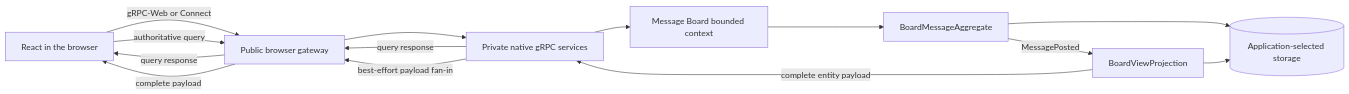
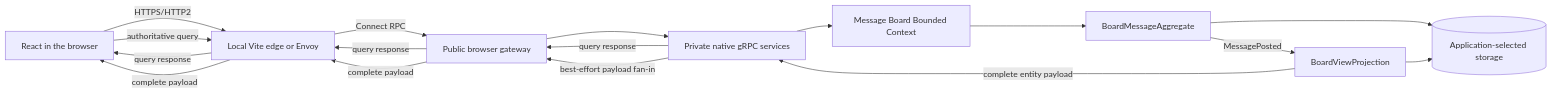
Before and after one commit to SpineEventEngine/spine-ts: the first of 2 diagrams in examples/message-board/README.md, drawn with Mermaid. The commit also changed other lines of this file and 78 other files, not shown here.

````diff
--- a/examples/message-board/README.md
+++ b/examples/message-board/README.md
@@ -121,16 +127,19 @@
 ```mermaid
 flowchart LR
-  React[React in the browser] -->|gRPC-Web or Connect| Gateway[Public browser gateway]
+  React[React in the browser] -->|HTTPS/HTTP2| Edge[Local Vite edge or Envoy]
+  Edge -->|Connect RPC| Gateway[Public browser gateway]
   Gateway --> Native[Private native gRPC services]
-  Native --> Context[Message Board bounded context]
+  Native --> Context[Message Board Bounded Context]
   Context --> Aggregate[BoardMessageAggregate]
   Aggregate -->|MessagePosted| Projection[BoardViewProjection]
   Aggregate --> Storage[(Application-selected storage)]
   Projection --> Storage
-  React -->|authoritative query| Gateway
+  React -->|authoritative query| Edge
   Native -->|query response| Gateway
-  Gateway -->|query response| React
+  Gateway -->|query response| Edge
+  Edge -->|query response| React
   Projection -->|complete entity payload| Native
   Native -->|best-effort payload fan-in| Gateway
-  Gateway -->|complete payload| React
+  Gateway -->|complete payload| Edge
+  Edge -->|complete payload| React
 ```
````
